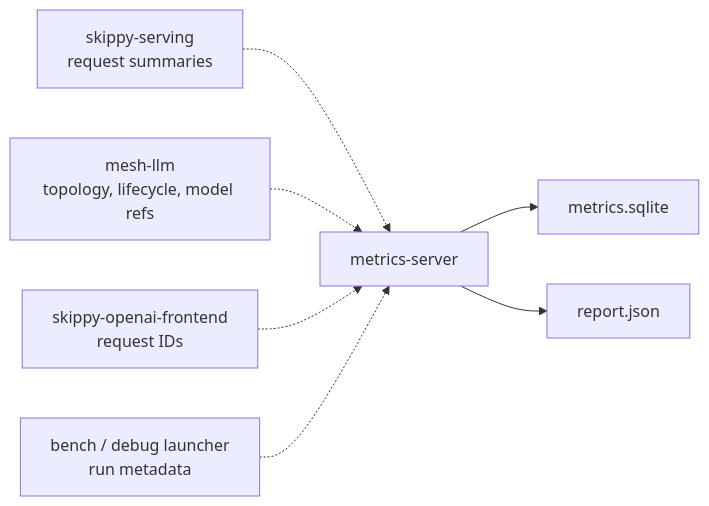
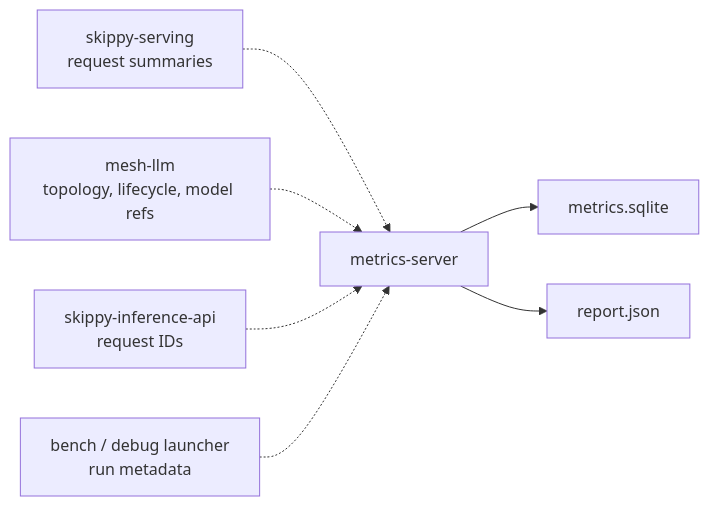
The diagram in skippy/crates/metrics-server/README.md (76287298092/mesh-llm), drawn with Mermaid before and after one commit. The commit also changed 200 other files, not shown here.

Commit message:
refactor(skippy): rename frontend crate to inference API

````diff
--- a/skippy/crates/metrics-server/README.md
+++ b/skippy/crates/metrics-server/README.md
@@ -14,9 +14,9 @@
 ```mermaid
 flowchart LR
     S["skippy-serving<br/>request summaries"] -.-> M["metrics-server"]
     Mesh["mesh-llm<br/>topology, lifecycle, model refs"] -.-> M
-    O["skippy-openai-frontend<br/>request IDs"] -.-> M
+    O["skippy-inference-api<br/>request IDs"] -.-> M
     B["bench / debug launcher<br/>run metadata"] -.-> M
     M --> D["metrics.sqlite"]
     M --> R["report.json"]
 ```
````
